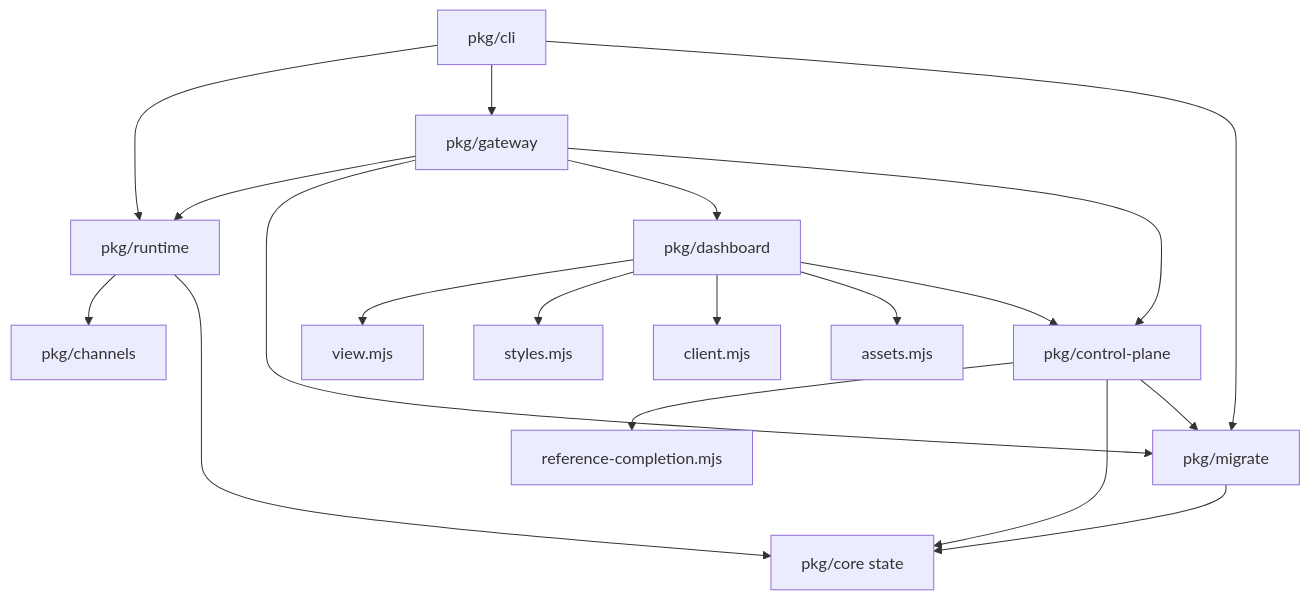
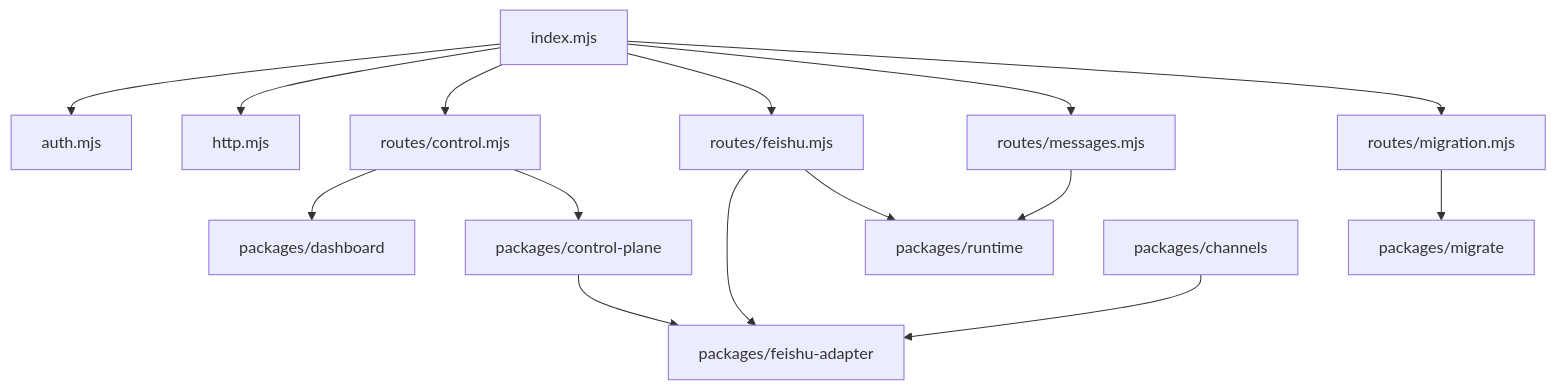
The second of 8 diagrams in docs/implementation-architecture.md (mayf3/myclaw), drawn with Mermaid before and after one commit. The commit also changed other lines of this file and 38 other files, not shown here.

Commit message:
feat: add feishu adapter facade

````diff
--- a/docs/implementation-architecture.md
+++ b/docs/implementation-architecture.md
@@ -83,21 +78,17 @@
 ```mermaid
 flowchart TB
-  CLI[pkg/cli] --> Runtime[pkg/runtime]
-  CLI --> Gateway[pkg/gateway]
-  CLI --> Migrate[pkg/migrate]
-  Gateway --> Runtime
-  Gateway --> Migrate
-  Gateway --> Dashboard[pkg/dashboard]
-  Gateway --> Control[pkg/control-plane]
-  Dashboard --> View[view.mjs]
-  Dashboard --> Styles[styles.mjs]
-  Dashboard --> Client[client.mjs]
-  Dashboard --> Assets[assets.mjs]
-  Dashboard --> Control
-  Control --> Reference[reference-completion.mjs]
-  Control --> Core[pkg/core state]
-  Control --> Migrate
-  Runtime --> Channels[pkg/channels]
-  Runtime --> Core
-  Migrate --> Core
+  Gateway[index.mjs] --> Auth[auth.mjs]
+  Gateway --> Http[http.mjs]
+  Gateway --> ControlRoute[routes/control.mjs]
+  Gateway --> FeishuRoute[routes/feishu.mjs]
+  Gateway --> MessageRoute[routes/messages.mjs]
+  Gateway --> MigrationRoute[routes/migration.mjs]
+  FeishuRoute --> FeishuAdapter[packages/feishu-adapter]
+  FeishuRoute --> Runtime[packages/runtime]
+  MessageRoute --> Runtime
+  MigrationRoute --> Migrate[packages/migrate]
+  ControlRoute --> Dashboard[packages/dashboard]
+  ControlRoute --> ControlPlane[packages/control-plane]
+  ControlPlane --> FeishuAdapter
+  Channels[packages/channels] --> FeishuAdapter
 ```
````
